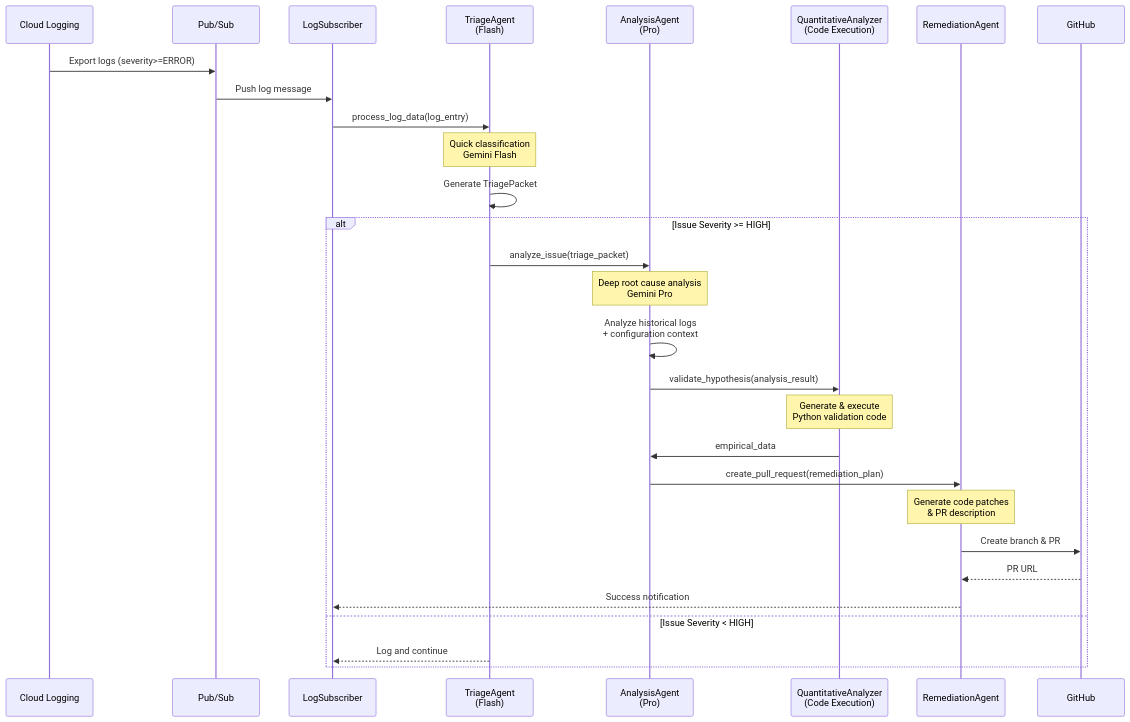
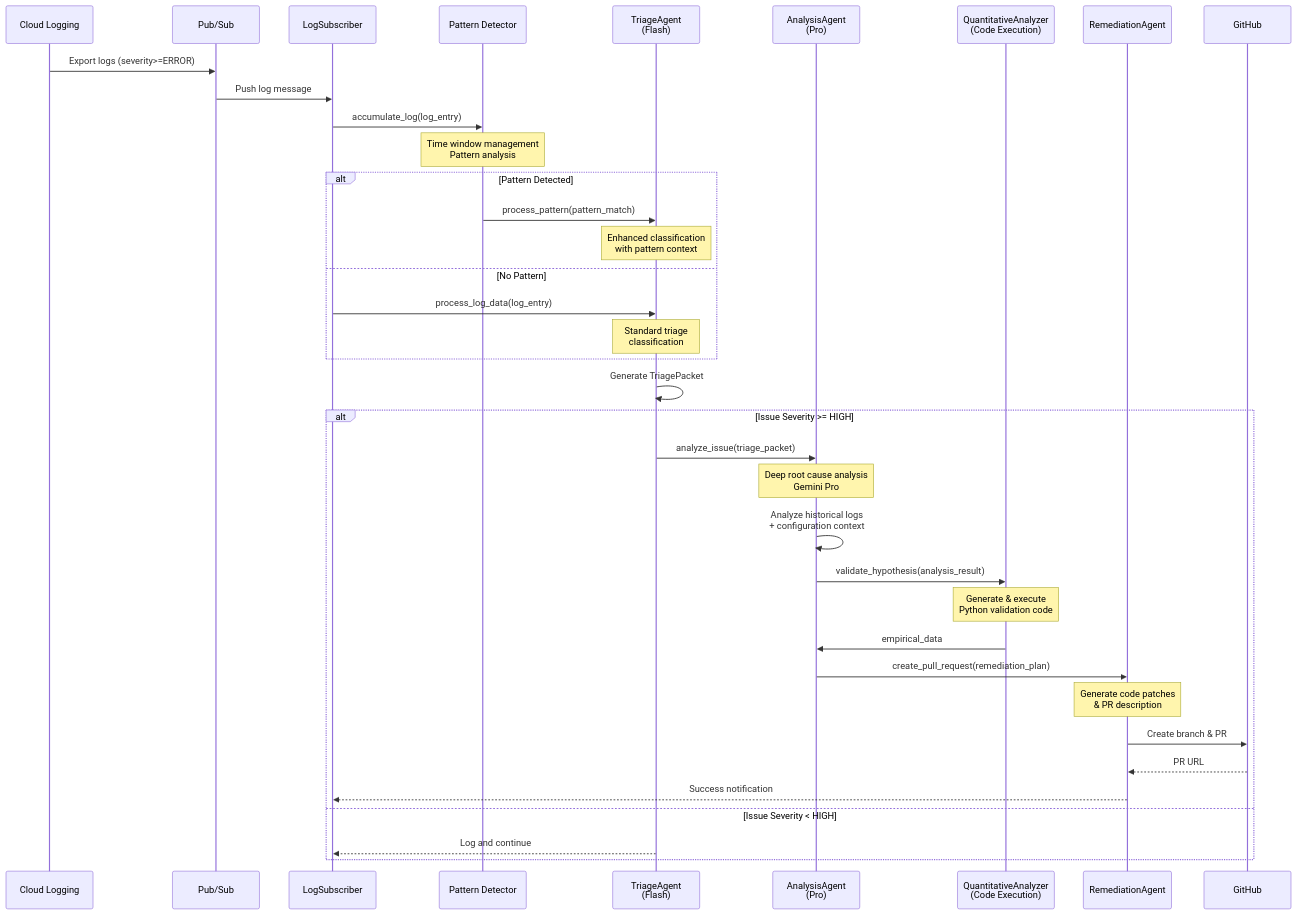
One commit to khael-kun-cmd/gemini-sre-agent changed the first of 2 diagrams in docs/ARCHITECTURE.md. Above: the diagram before and after it, drawn with Mermaid. The commit also changed other lines of this file and 1 other file, not shown here.

First line of the commit message:
docs: Update architecture documentation and README with pattern detection system

````diff
--- a/docs/ARCHITECTURE.md
+++ b/docs/ARCHITECTURE.md
@@ -50,38 +60,48 @@
 ```mermaid
 sequenceDiagram
     participant CL as Cloud Logging
     participant PS as Pub/Sub
     participant LS as LogSubscriber
+    participant PD as Pattern Detector
     participant TA as TriageAgent<br/>(Flash)
     participant AA as AnalysisAgent<br/>(Pro)
     participant QA as QuantitativeAnalyzer<br/>(Code Execution)
     participant RA as RemediationAgent
     participant GH as GitHub
 
     CL->>PS: Export logs (severity>=ERROR)
     PS->>LS: Push log message
-    LS->>TA: process_log_data(log_entry)
     
-    Note over TA: Quick classification<br/>Gemini Flash
+    LS->>PD: accumulate_log(log_entry)
+    Note over PD: Time window management<br/>Pattern analysis
+    
+    alt Pattern Detected
+        PD->>TA: process_pattern(pattern_match)
+        Note over TA: Enhanced classification<br/>with pattern context
+    else No Pattern
+        LS->>TA: process_log_data(log_entry)
+        Note over TA: Standard triage<br/>classification
+    end
+    
     TA->>TA: Generate TriagePacket
     
     alt Issue Severity >= HIGH
         TA->>AA: analyze_issue(triage_packet)
         
         Note over AA: Deep root cause analysis<br/>Gemini Pro
         AA->>AA: Analyze historical logs<br/>+ configuration context
         
         AA->>QA: validate_hypothesis(analysis_result)
         Note over QA: Generate & execute<br/>Python validation code
         QA->>AA: empirical_data
         
         AA->>RA: create_pull_request(remediation_plan)
         Note over RA: Generate code patches<br/>& PR description
         RA->>GH: Create branch & PR
         GH-->>RA: PR URL
         
         RA-->>LS: Success notification
     else Issue Severity < HIGH
         TA-->>LS: Log and continue
     end
 ```
````
